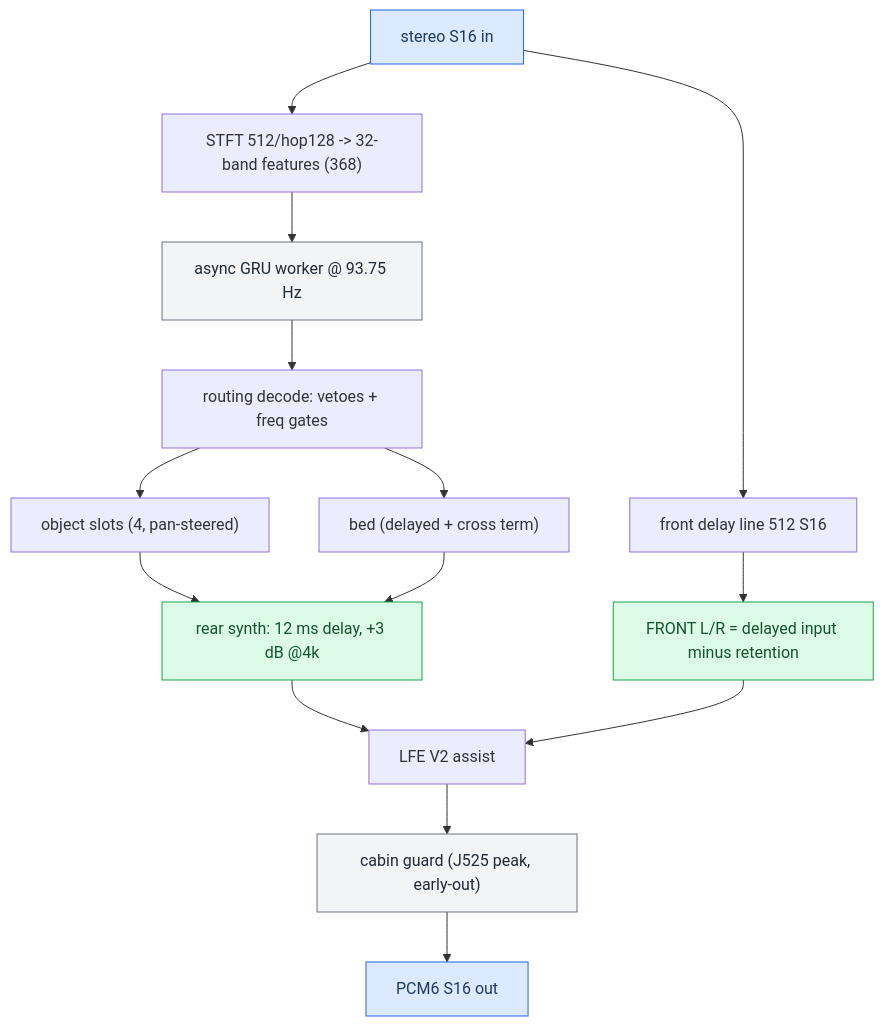
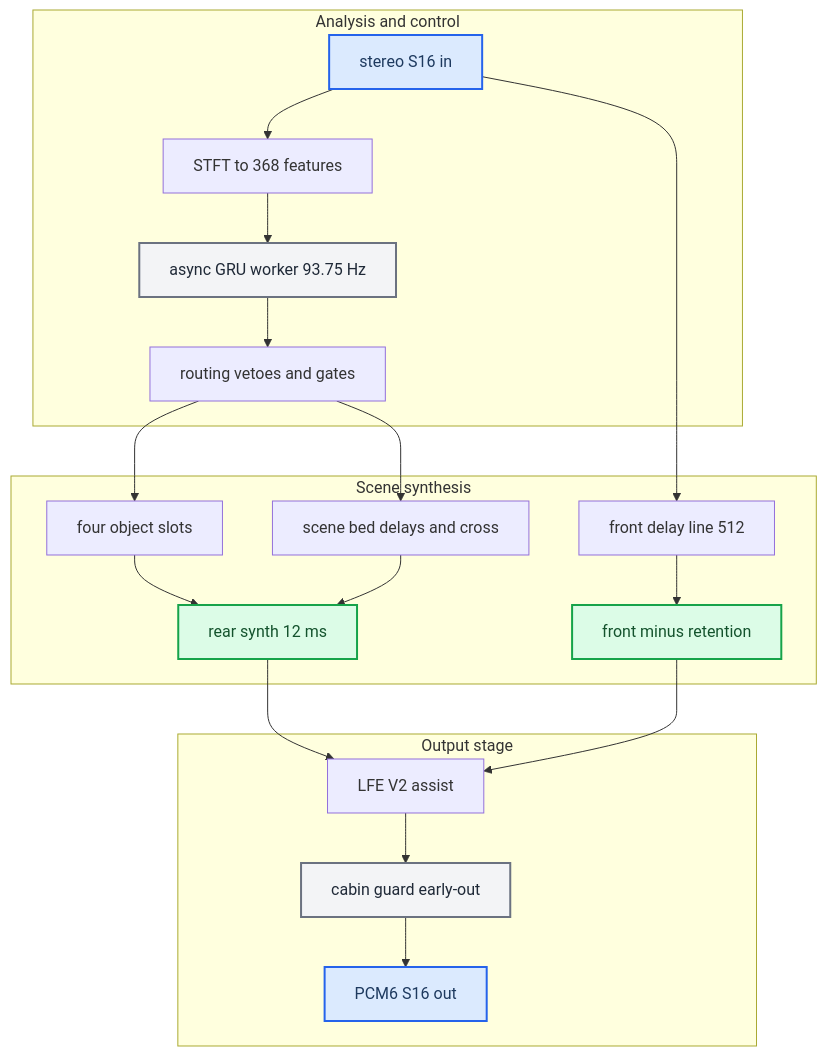
The first of 3 diagrams in docs-obsidian/Audio/HSSR Model.md (luka-dev/mib2q-carplay-rgi), drawn with Mermaid before and after one commit. The commit also changed other lines of this file and 43 other files, not shown here.

````diff
--- a/docs-obsidian/Audio/HSSR Model.md
+++ b/docs-obsidian/Audio/HSSR Model.md
@@ -42,30 +42,36 @@
 ```mermaid
 flowchart TB
   accTitle: HSSR runtime signal path
-  accDescr: One hop splits into a delayed front and an STFT feature path feeding the GRU controller, routing decode, object slots and bed, rear synthesis, then LFE assist and cabin guard to PCM6.
-  inp["stereo S16 in"]
-  fdl["front delay line 512 S16"]
-  stft["STFT 512/hop128 -> 32-band features (368)"]
-  gru["async GRU worker @ 93.75 Hz"]
-  route["routing decode: vetoes + freq gates"]
-  obj["object slots (4, pan-steered)"]
-  bed["bed (delayed + cross term)"]
-  rear["rear synth: 12 ms delay, +3 dB @4k"]
-  front["FRONT L/R = delayed input minus retention"]
-  lfe["LFE V2 assist"]
-  cg["cabin guard (J525 peak, early-out)"]
-  out["PCM6 S16 out"]
-  inp --> fdl --> front
-  inp --> stft --> gru --> route
-  route --> obj --> rear
-  route --> bed --> rear
-  rear --> lfe
-  front --> lfe
-  lfe --> cg --> out
-  class inp,out primary
-  class rear,front success
-  class gru,cg neutral
-  classDef primary fill:#dbeafe,stroke:#2563eb,color:#1e3a5f
-  classDef success fill:#dcfce7,stroke:#16a34a,color:#14532d
-  classDef neutral fill:#f3f4f6,stroke:#6b7280,color:#1f2937
+  accDescr: One hop splits into a delayed front and an STFT feature path feeding the GRU controller, routing, object slots and the scene bed, then rear synthesis, LFE assist and the cabin guard to PCM6.
+  subgraph analysis["Analysis and control"]
+    stereo_in["stereo S16 in"]
+    stft_features["STFT to 368 features"]
+    gru_worker["async GRU worker 93.75 Hz"]
+    routing_decode["routing vetoes and gates"]
+  end
+  subgraph synthesis["Scene synthesis"]
+    object_slots["four object slots"]
+    scene_bed["scene bed delays and cross"]
+    rear_synth["rear synth 12 ms"]
+    front_delay["front delay line 512"]
+    front_out["front minus retention"]
+  end
+  subgraph output_stage["Output stage"]
+    lfe_assist["LFE V2 assist"]
+    cabin_guard["cabin guard early-out"]
+    pcm6_out["PCM6 S16 out"]
+  end
+  stereo_in --> front_delay --> front_out
+  stereo_in --> stft_features --> gru_worker --> routing_decode
+  routing_decode --> object_slots --> rear_synth
+  routing_decode --> scene_bed --> rear_synth
+  rear_synth --> lfe_assist
+  front_out --> lfe_assist
+  lfe_assist --> cabin_guard --> pcm6_out
+  classDef primary fill:#dbeafe,stroke:#2563eb,stroke-width:2px,color:#1e3a5f
+  classDef success fill:#dcfce7,stroke:#16a34a,stroke-width:2px,color:#14532d
+  classDef neutral fill:#f3f4f6,stroke:#6b7280,stroke-width:2px,color:#1f2937
+  class stereo_in,pcm6_out primary
+  class rear_synth,front_out success
+  class gru_worker,cabin_guard neutral
 ```
````
